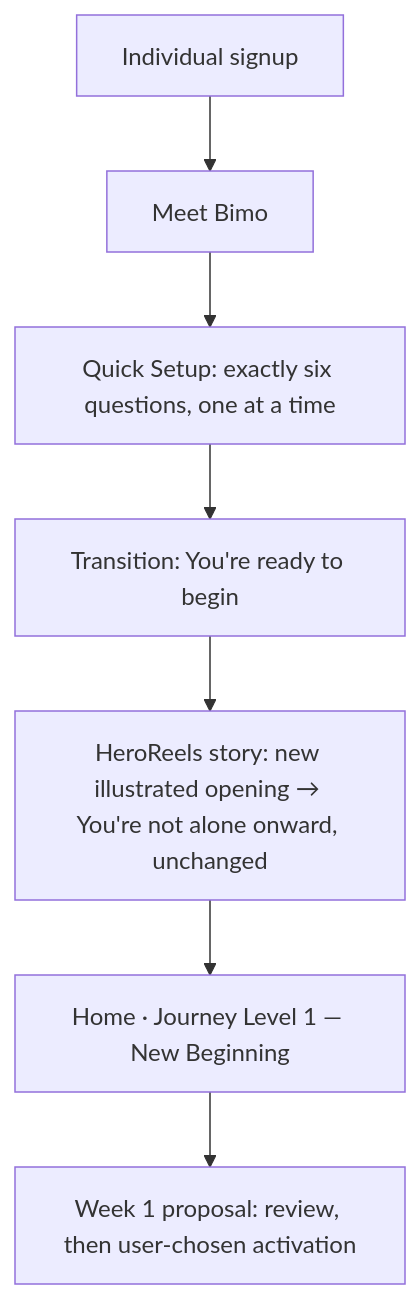
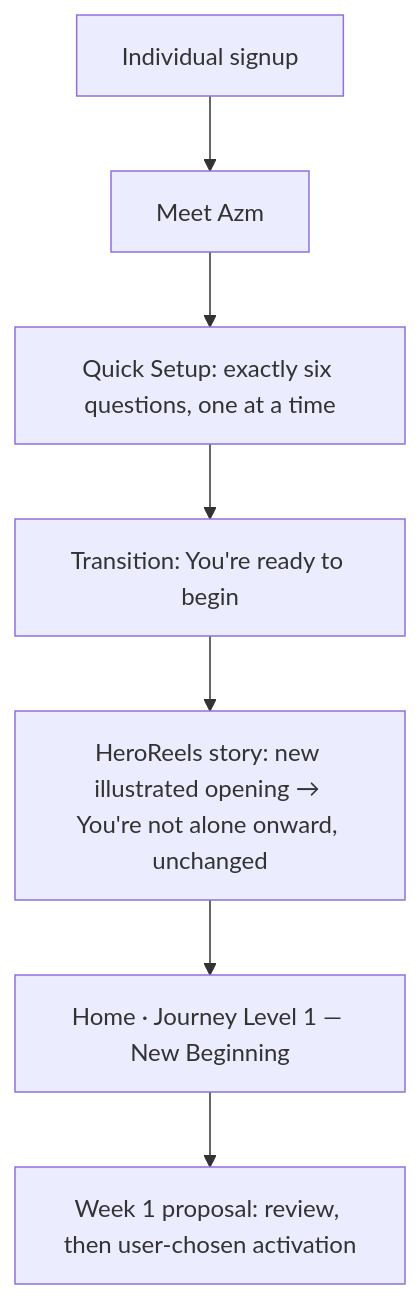
Before and after one commit to ahmadfa100/DeepSprout: the diagram in DeepSprout.md, drawn with Mermaid. The commit also changed other lines of this file and 104 other files, not shown here.

````diff
--- a/DeepSprout.md
+++ b/DeepSprout.md
@@ -201,9 +201,9 @@
 ```mermaid
 flowchart TD
-  A[Individual signup] --> B[Meet Bimo]
+  A[Individual signup] --> B[Meet Azm]
   B --> C[Quick Setup: exactly six questions, one at a time]
   C --> D[Transition: You're ready to begin]
   D --> E[HeroReels story: new illustrated opening → You're not alone onward, unchanged]
   E --> F[Home · Journey Level 1 — New Beginning]
   F --> G[Week 1 proposal: review, then user-chosen activation]
 ```
````
